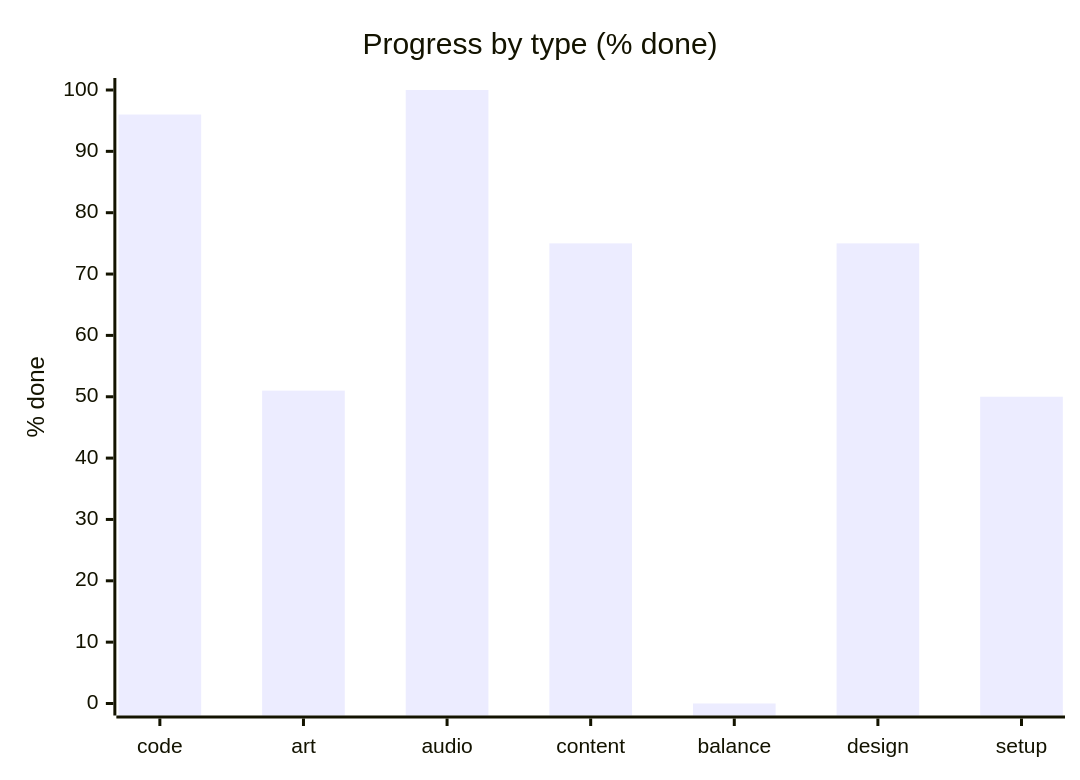
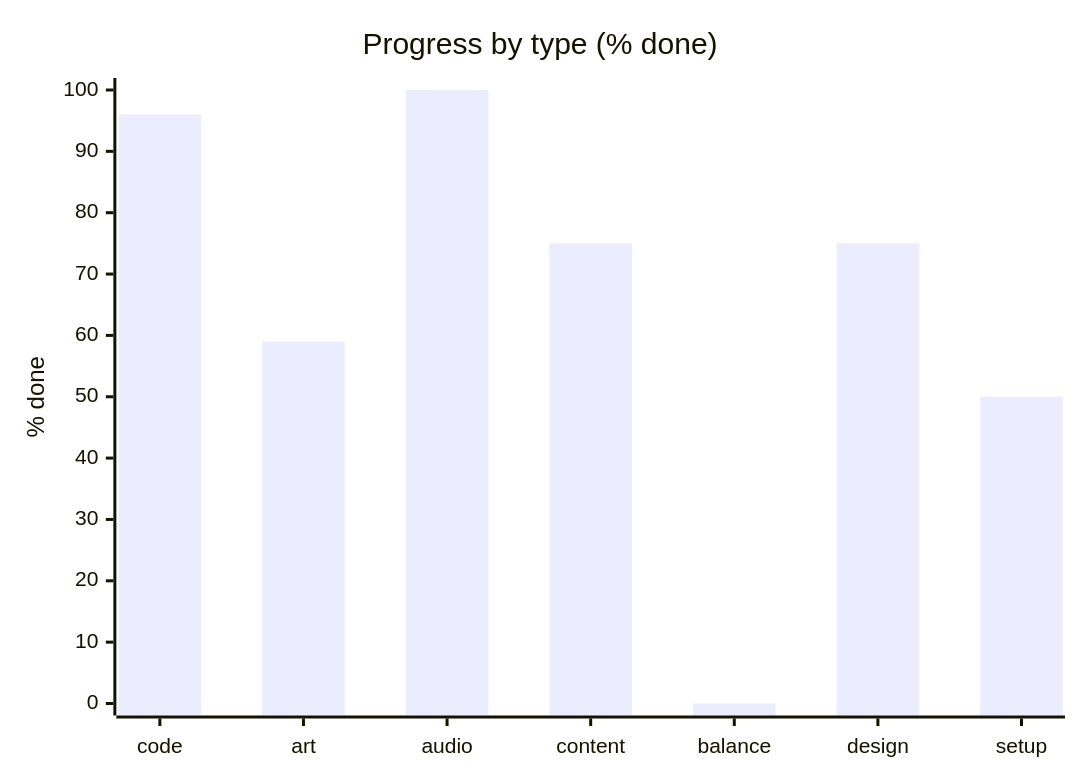
The second of 3 diagrams in STATUS.md (artemiiShabanov/RallyRivals), drawn with Mermaid before and after one commit. The commit also changed other lines of this file and 21 other files, not shown here.

````diff
--- a/STATUS.md
+++ b/STATUS.md
@@ -17,7 +17,7 @@
 ```mermaid
 xychart-beta
     title "Progress by type (% done)"
     x-axis ["code", "art", "audio", "content", "balance", "design", "setup"]
     y-axis "% done" 0 --> 100
-    bar [96, 51, 100, 75, 0, 75, 50]
+    bar [96, 59, 100, 75, 0, 75, 50]
 ```
````
